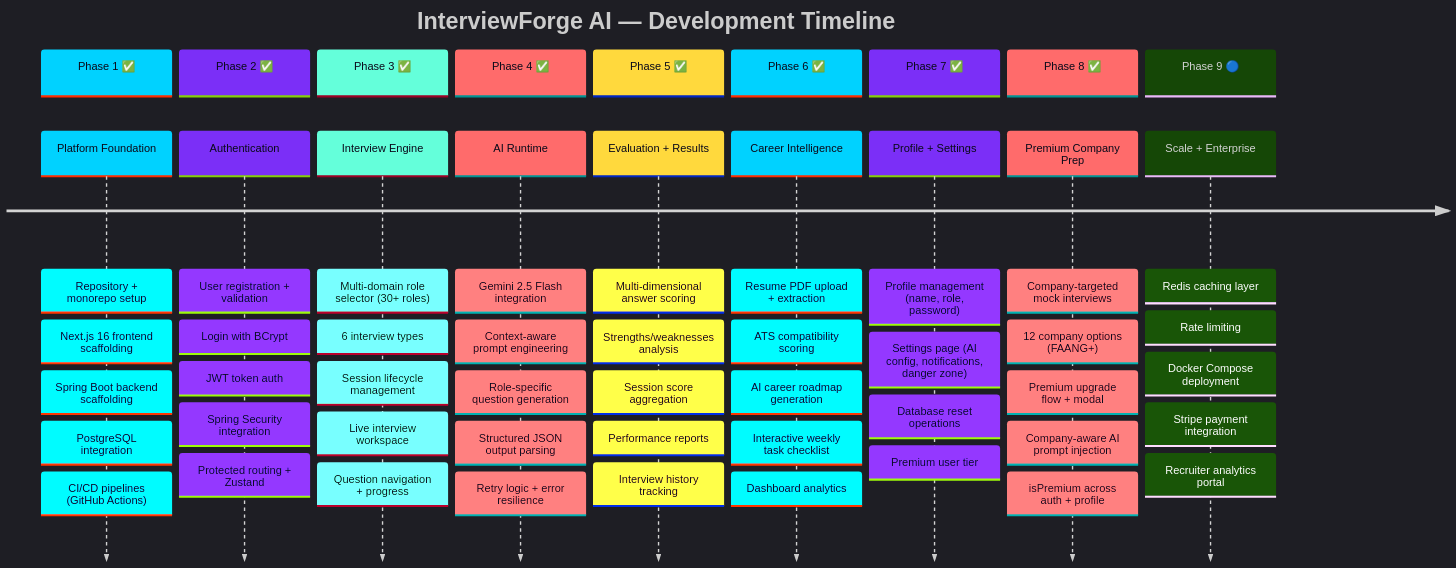
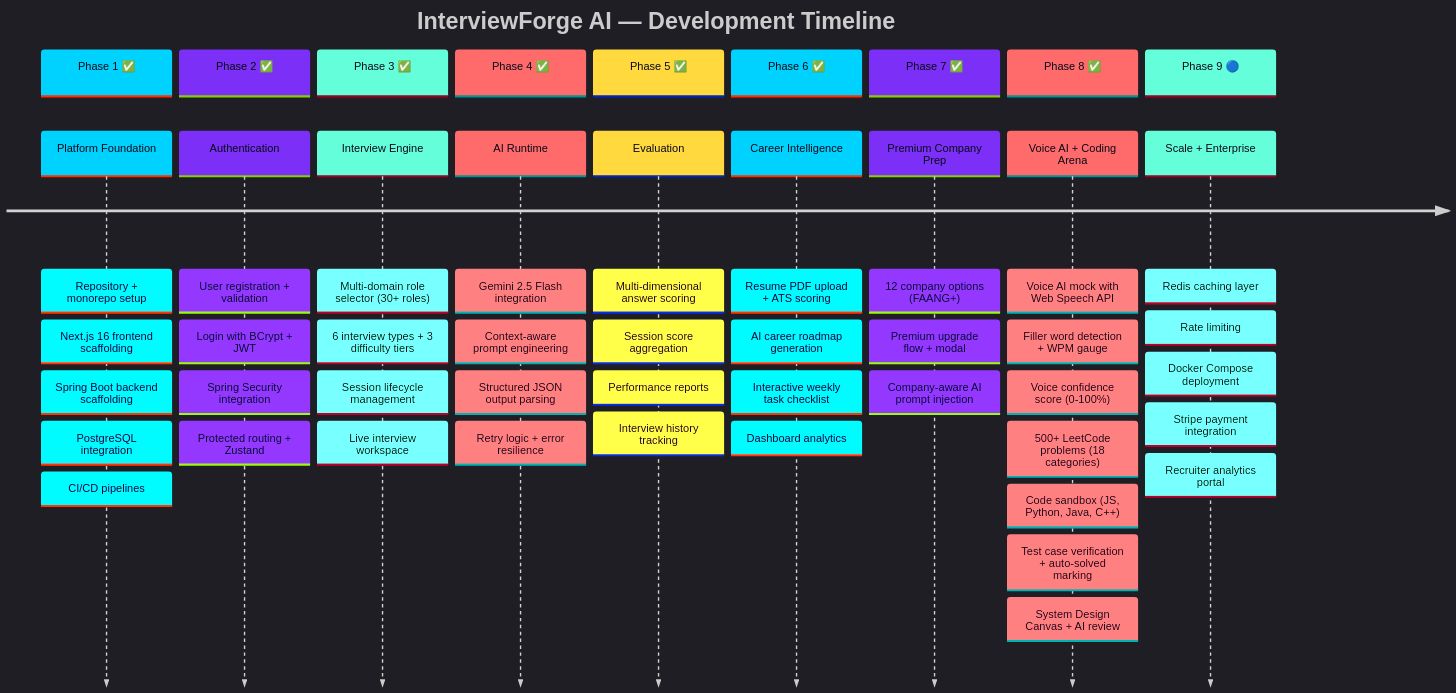
Before and after one commit to Jawahar08/interviewforge-ai: diagram 14 of 14 in README.md, drawn with Mermaid. The commit also changed other lines of this file and 3 other files, not shown here.

Commit message:
docs: complete README rewrite v3.0 with Voice AI, LeetCode Arena, System Design, animated SVGs, architecture diagrams, and full documentation

````diff
--- a/README.md
+++ b/README.md
@@ -1188,68 +1353,64 @@
 ```mermaid
-%%{init: {'theme': 'dark', 'themeVariables': { 'cScale0': '#00d2ff', 'cScale1': '#7b2ff7', 'cScale2': '#64ffda', 'cScale3': '#ff6b6b', 'cScale4': '#ffd93d', 'cScale5': '#00d2ff', 'cScale6': '#7b2ff7', 'cScale7': '#ff6b6b', 'cScaleLabel0': '#0a0a1a', 'cScaleLabel1': '#0a0a1a', 'cScaleLabel2': '#0a0a1a', 'cScaleLabel3': '#0a0a1a', 'cScaleLabel4': '#0a0a1a', 'cScaleLabel5': '#0a0a1a', 'cScaleLabel6': '#0a0a1a', 'cScaleLabel7': '#0a0a1a', 'fontFamily': 'JetBrains Mono, monospace'}}}%%
+%%{init: {'theme': 'dark', 'themeVariables': { 'cScale0': '#00d2ff', 'cScale1': '#7b2ff7', 'cScale2': '#64ffda', 'cScale3': '#ff6b6b', 'cScale4': '#ffd93d', 'cScale5': '#00d2ff', 'cScale6': '#7b2ff7', 'cScale7': '#ff6b6b', 'cScale8': '#64ffda', 'cScale9': '#ffd93d', 'cScaleLabel0': '#0a0a1a', 'cScaleLabel1': '#0a0a1a', 'cScaleLabel2': '#0a0a1a', 'cScaleLabel3': '#0a0a1a', 'cScaleLabel4': '#0a0a1a', 'cScaleLabel5': '#0a0a1a', 'cScaleLabel6': '#0a0a1a', 'cScaleLabel7': '#0a0a1a', 'cScaleLabel8': '#0a0a1a', 'cScaleLabel9': '#0a0a1a', 'fontFamily': 'JetBrains Mono, monospace'}}}%%
 
 timeline
     title InterviewForge AI — Development Timeline
 
     section Phase 1 ✅
         Platform Foundation : Repository + monorepo setup
                             : Next.js 16 frontend scaffolding
                             : Spring Boot backend scaffolding
                             : PostgreSQL integration
-                            : CI/CD pipelines (GitHub Actions)
+                            : CI/CD pipelines
 
     section Phase 2 ✅
         Authentication : User registration + validation
-                       : Login with BCrypt
-                       : JWT token auth
+                       : Login with BCrypt + JWT
                        : Spring Security integration
                        : Protected routing + Zustand
 
     section Phase 3 ✅
         Interview Engine : Multi-domain role selector (30+ roles)
-                         : 6 interview types
+                         : 6 interview types + 3 difficulty tiers
                          : Session lifecycle management
                          : Live interview workspace
-                         : Question navigation + progress
 
     section Phase 4 ✅
         AI Runtime : Gemini 2.5 Flash integration
                    : Context-aware prompt engineering
-                   : Role-specific question generation
                    : Structured JSON output parsing
                    : Retry logic + error resilience
 
     section Phase 5 ✅
-        Evaluation + Results : Multi-dimensional answer scoring
-                             : Strengths/weaknesses analysis
-                             : Session score aggregation
-                             : Performance reports
-                             : Interview history tracking
+        Evaluation : Multi-dimensional answer scoring
+                   : Session score aggregation
+                   : Performance reports
+                   : Interview history tracking
 
     section Phase 6 ✅
-        Career Intelligence : Resume PDF upload + extraction
-                            : ATS compatibility scoring
+        Career Intelligence : Resume PDF upload + ATS scoring
                             : AI career roadmap generation
                             : Interactive weekly task checklist
                             : Dashboard analytics
 
     section Phase 7 ✅
-        Profile + Settings : Profile management (name, role, password)
-                           : Settings page (AI config, notifications, danger zone)
-                           : Database reset operations
-                           : Premium user tier
+        Premium Company Prep : 12 company options (FAANG+)
+                             : Premium upgrade flow + modal
+                             : Company-aware AI prompt injection
 
     section Phase 8 ✅
-        Premium Company Prep : Company-targeted mock interviews
-                             : 12 company options (FAANG+)
-                             : Premium upgrade flow + modal
-                             : Company-aware AI prompt injection
-                             : isPremium across auth + profile
+        Voice AI + Coding Arena : Voice AI mock with Web Speech API
+                                : Filler word detection + WPM gauge
+                                : Voice confidence score (0-100%)
+                                : 500+ LeetCode problems (18 categories)
+                                : Code sandbox (JS, Python, Java, C++)
+                                : Test case verification + auto-solved marking
+                                : System Design Canvas + AI review
 
     section Phase 9 🔵
         Scale + Enterprise : Redis caching layer
                            : Rate limiting
                            : Docker Compose deployment
                            : Stripe payment integration
                            : Recruiter analytics portal
 ```
````
